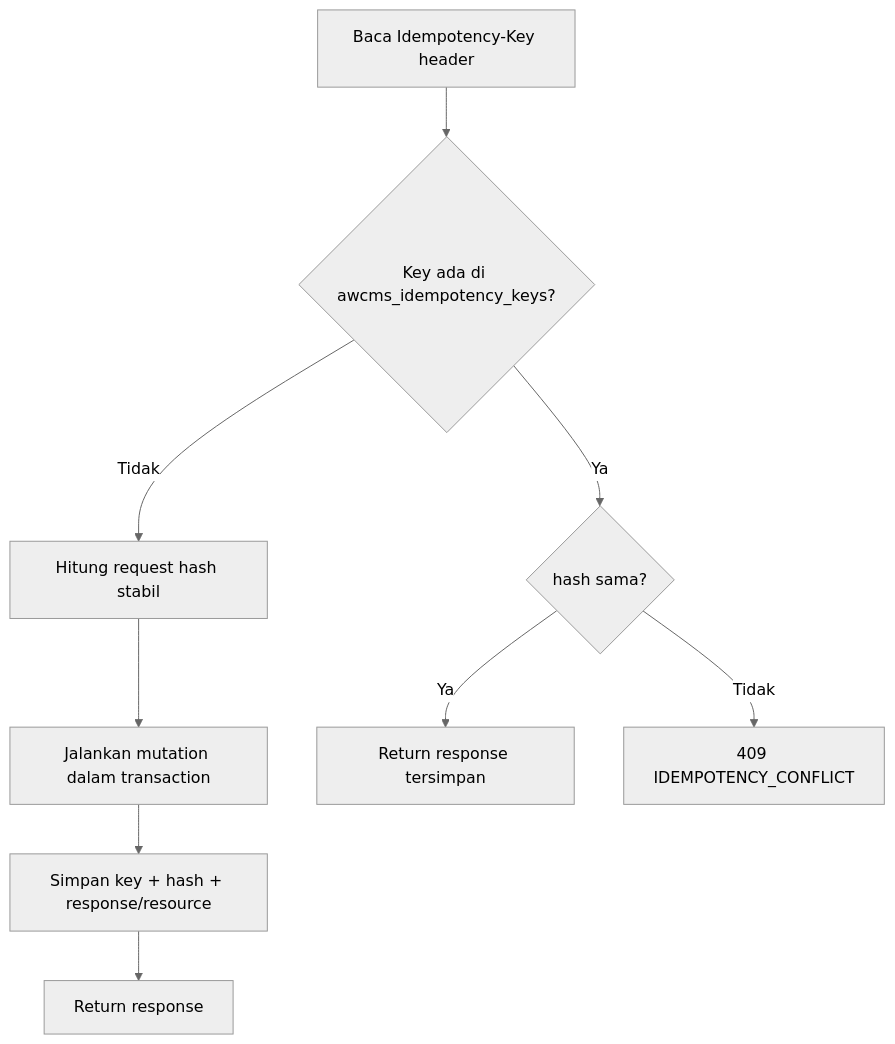
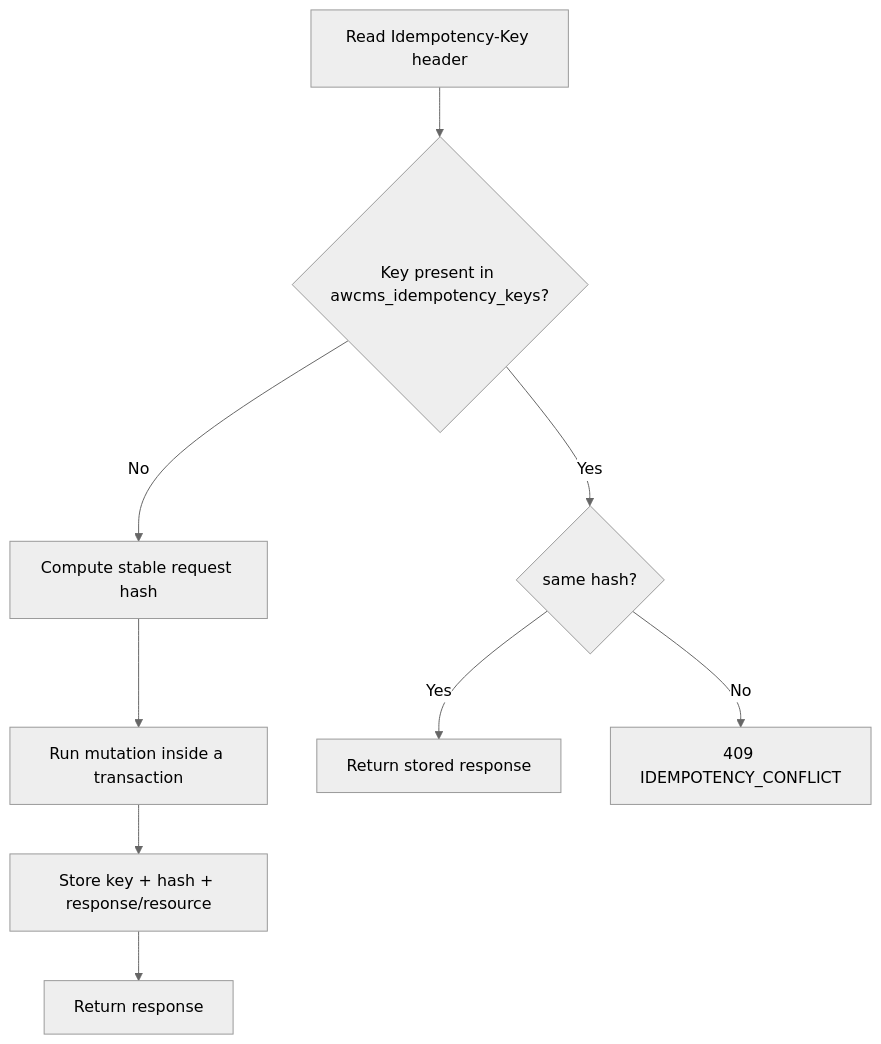
The diagram in .claude/skills/awcms-idempotency/SKILL.md (ahliweb/awcms), drawn with Mermaid (neutral theme) before and after one commit. The commit also changed other lines of this file and 603 other files, not shown here.

````diff
--- a/.claude/skills/awcms-idempotency/SKILL.md
+++ b/.claude/skills/awcms-idempotency/SKILL.md
@@ -12,8 +14,8 @@
 ```mermaid
 flowchart TD
-  A[Baca Idempotency-Key header] --> B{Key ada di awcms_idempotency_keys?}
-  B -- Tidak --> C[Hitung request hash stabil] --> D[Jalankan mutation dalam transaction] --> E[Simpan key + hash + response/resource] --> F[Return response]
-  B -- Ya --> G{hash sama?}
-  G -- Ya --> H[Return response tersimpan]
-  G -- Tidak --> I[409 IDEMPOTENCY_CONFLICT]
+  A[Read Idempotency-Key header] --> B{Key present in awcms_idempotency_keys?}
+  B -- No --> C[Compute stable request hash] --> D[Run mutation inside a transaction] --> E[Store key + hash + response/resource] --> F[Return response]
+  B -- Yes --> G{same hash?}
+  G -- Yes --> H[Return stored response]
+  G -- No --> I[409 IDEMPOTENCY_CONFLICT]
 ```
````
